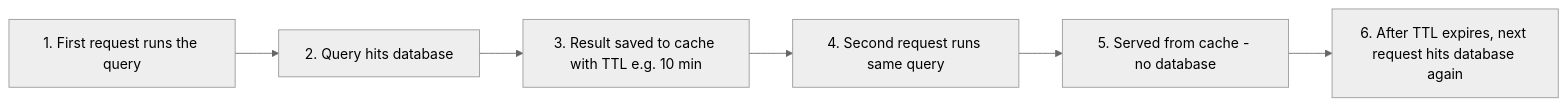
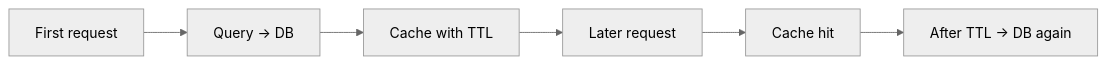
Before and after one commit to CodeWithDennis/laravel-model-cache: the second of 2 diagrams in README.md, drawn with Mermaid (neutral theme). The commit also changed other lines of this file, not shown here.

Commit message:
README: shorter, cleaner Mermaid diagram labels

````diff
--- a/README.md
+++ b/README.md
@@ -50,8 +50,8 @@
 ```mermaid
 flowchart LR
-  A[1. First request runs the query] --> B[2. Query hits database]
-  B --> C[3. Result saved to cache with TTL e.g. 10 min]
-  C --> D[4. Second request runs same query]
-  D --> E[5. Served from cache - no database]
-  E --> F[6. After TTL expires, next request hits database again]
+  A[First request] --> B[Query → DB]
+  B --> C[Cache with TTL]
+  C --> D[Later request]
+  D --> E[Cache hit]
+  E --> F[After TTL → DB again]
 ```
````
